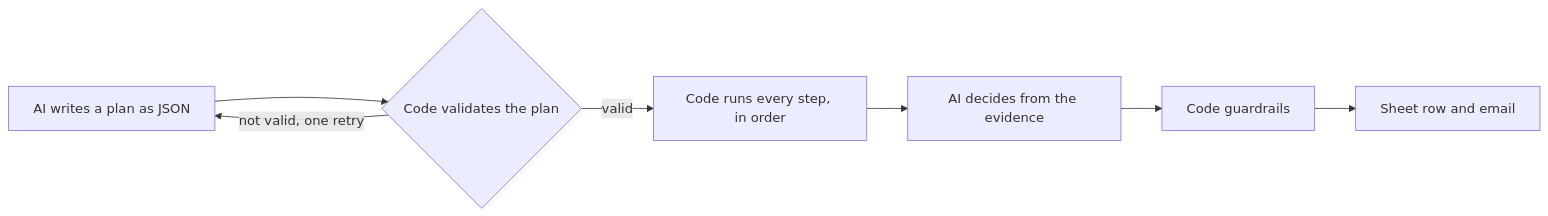
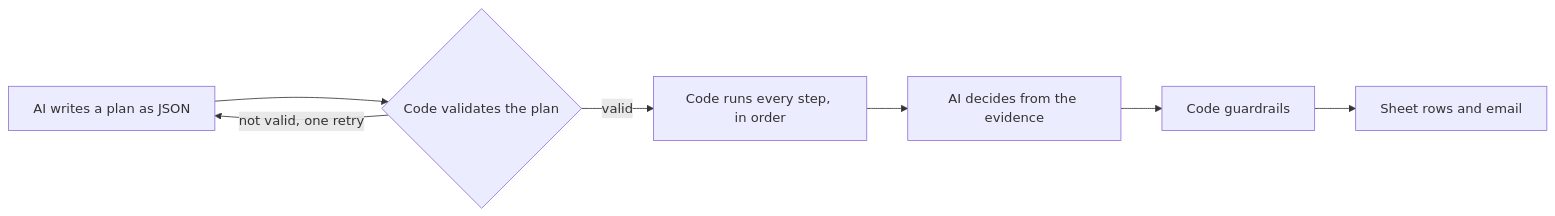
Before and after one commit to rizwana-qa/crypto-market-intelligence-agent: the second of 3 diagrams in README.md, drawn with Mermaid. The commit also changed other lines of this file and 10 other files, not shown here.

````diff
--- a/README.md
+++ b/README.md
@@ -170,9 +143,9 @@
 ```mermaid
 flowchart LR
     P[AI writes a plan as JSON] --> V{Code validates the plan}
     V -- not valid, one retry --> P
     V -- valid --> R[Code runs every step, in order]
     R --> D[AI decides from the evidence]
     D --> G[Code guardrails]
-    G --> O[Sheet row and email]
+    G --> O[Sheet rows and email]
 ```
````
